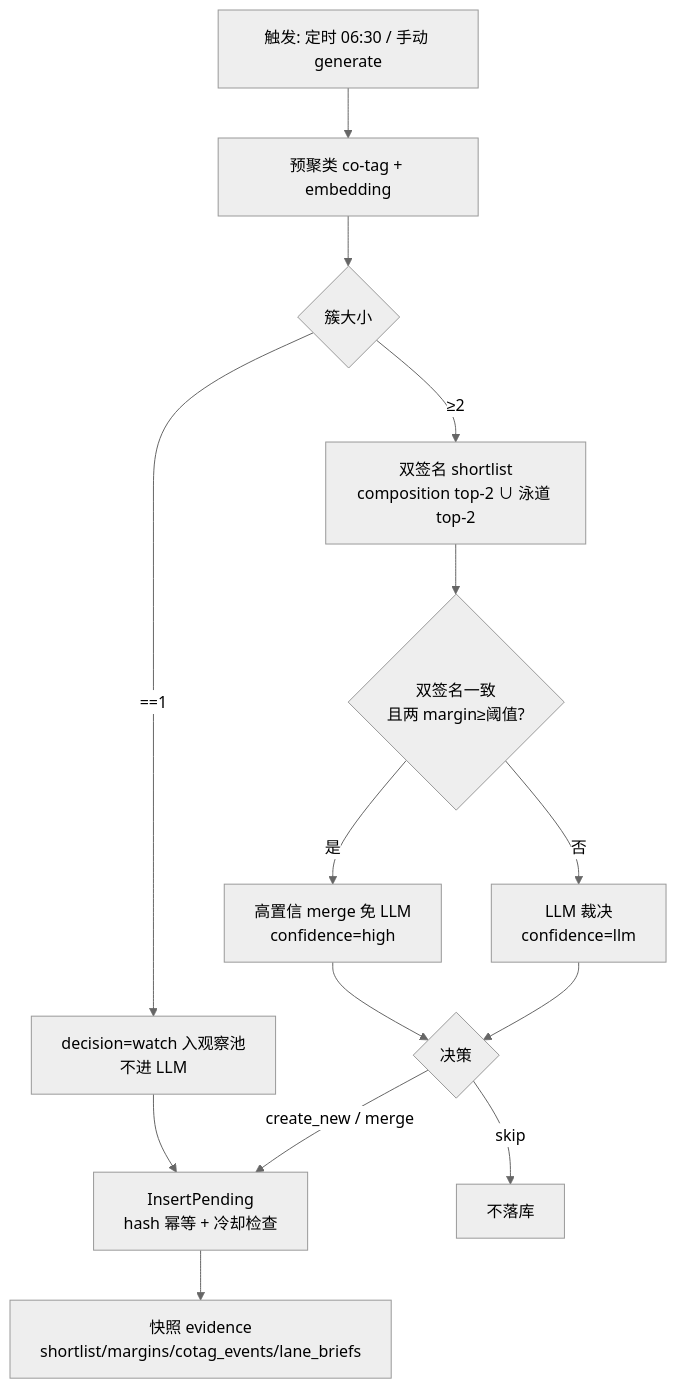
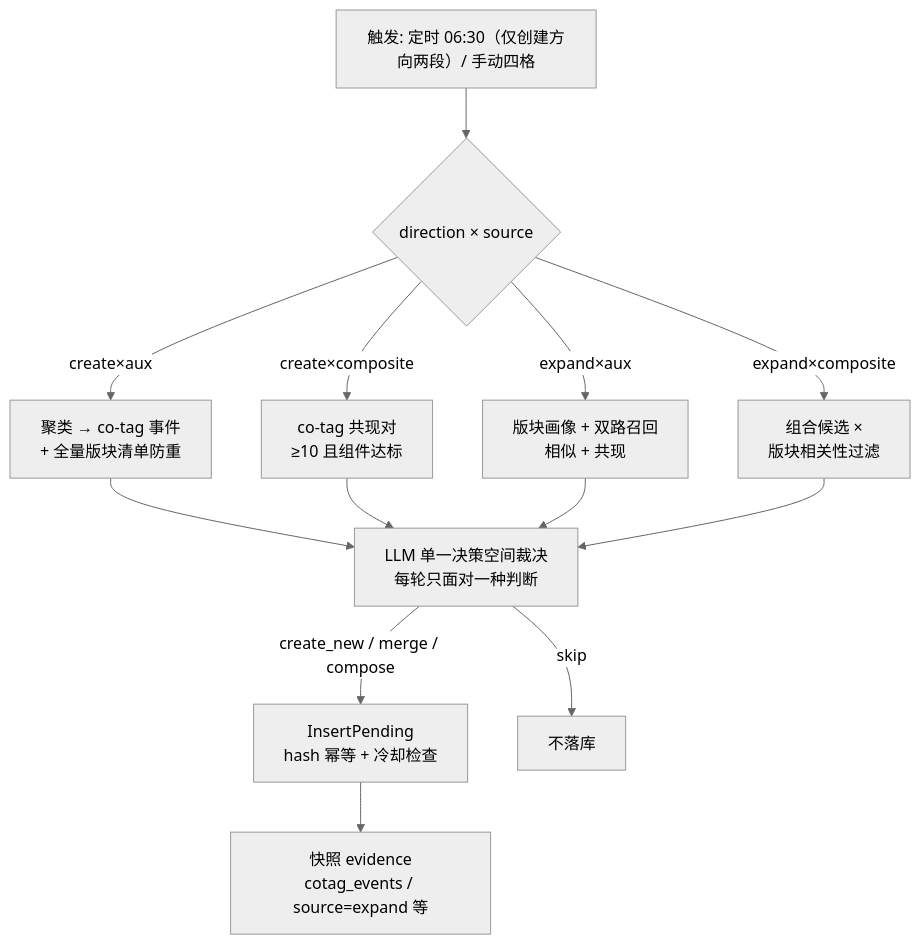
One commit to ZanebonoAlter/Syntopica changed the third of 4 diagrams in docs/reference/flow/semantic-board.md. Above: the diagram before and after it, drawn with Mermaid (neutral theme). The commit also changed other lines of this file and 35 other files, not shown here.

````diff
--- a/docs/reference/flow/semantic-board.md
+++ b/docs/reference/flow/semantic-board.md
@@ -105,16 +106,12 @@
 ```mermaid
 flowchart TD
-  TRIGGER[触发: 定时 06:30 / 手动 generate] --> CLUSTER[预聚类 co-tag + embedding]
-  CLUSTER --> SIZE{簇大小}
-  SIZE -->|==1| WATCH[decision=watch 入观察池<br/>不进 LLM]
-  SIZE -->|≥2| SHORT[双签名 shortlist<br/>composition top-2 ∪ 泳道 top-2]
-  SHORT --> CONF{双签名一致<br/>且两 margin≥阈值?}
-  CONF -->|是| HIGH[高置信 merge 免 LLM<br/>confidence=high]
-  CONF -->|否| LLM[LLM 裁决<br/>confidence=llm]
-  HIGH --> DEC{决策}
-  LLM --> DEC
-  DEC -->|create_new / merge| PERSIST[InsertPending<br/>hash 幂等 + 冷却检查]
-  DEC -->|skip| DROP[不落库]
-  WATCH --> PERSIST
-  PERSIST --> EVI[快照 evidence<br/>shortlist/margins/cotag_events/lane_briefs]
+  TRIGGER[触发: 定时 06:30（仅创建方向两段）/ 手动四格] --> ROUTE{direction × source}
+  ROUTE -->|create×aux| C1[聚类 → co-tag 事件<br/>+ 全量版块清单防重]
+  ROUTE -->|create×composite| C2[co-tag 共现对<br/>≥10 且组件达标]
+  ROUTE -->|expand×aux| E1[版块画像 + 双路召回<br/>相似 + 共现]
+  ROUTE -->|expand×composite| E2[组合候选 ×<br/>版块相关性过滤]
+  C1 & C2 & E1 & E2 --> LLM[LLM 单一决策空间裁决<br/>每轮只面对一种判断]
+  LLM -->|create_new / merge / compose| PERSIST[InsertPending<br/>hash 幂等 + 冷却检查]
+  LLM -->|skip| DROP[不落库]
+  PERSIST --> EVI[快照 evidence<br/>cotag_events / source=expand 等]
 ```
````
